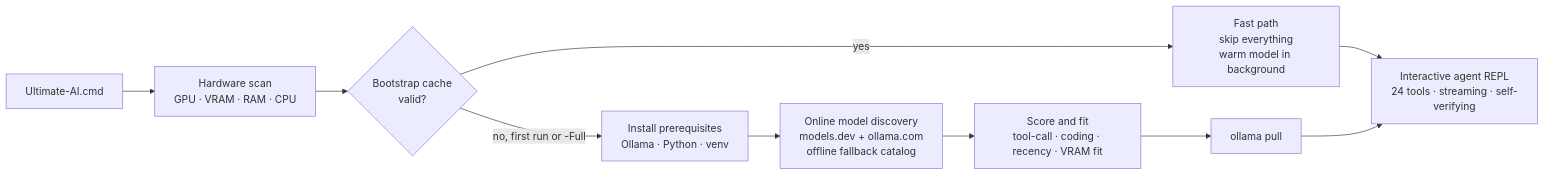
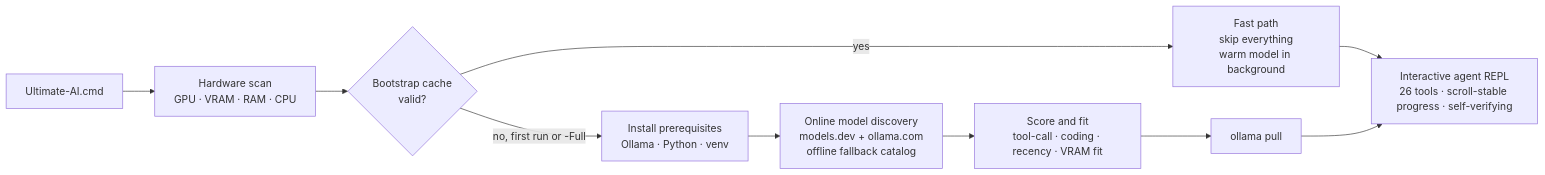
Before and after one commit to Michaelunkai/ultimate-llm: the diagram in README.md, drawn with Mermaid. The commit also changed other lines of this file and 20 other files, not shown here.

````diff
--- a/README.md
+++ b/README.md
@@ -69,12 +72,12 @@
 ```mermaid
 flowchart LR
     A[Ultimate-AI.cmd] --> B[Hardware scan<br/>GPU · VRAM · RAM · CPU]
     B --> C{Bootstrap cache<br/>valid?}
     C -- yes --> G[Fast path<br/>skip everything<br/>warm model in background]
     C -- no, first run or -Full --> D[Install prerequisites<br/>Ollama · Python · venv]
     D --> E[Online model discovery<br/>models.dev + ollama.com<br/>offline fallback catalog]
     E --> F[Score and fit<br/>tool-call · coding · recency · VRAM fit]
     F --> H[ollama pull]
-    G --> I[Interactive agent REPL<br/>24 tools · streaming · self-verifying]
+    G --> I[Interactive agent REPL<br/>26 tools · scroll-stable progress · self-verifying]
     H --> I
 ```
````
